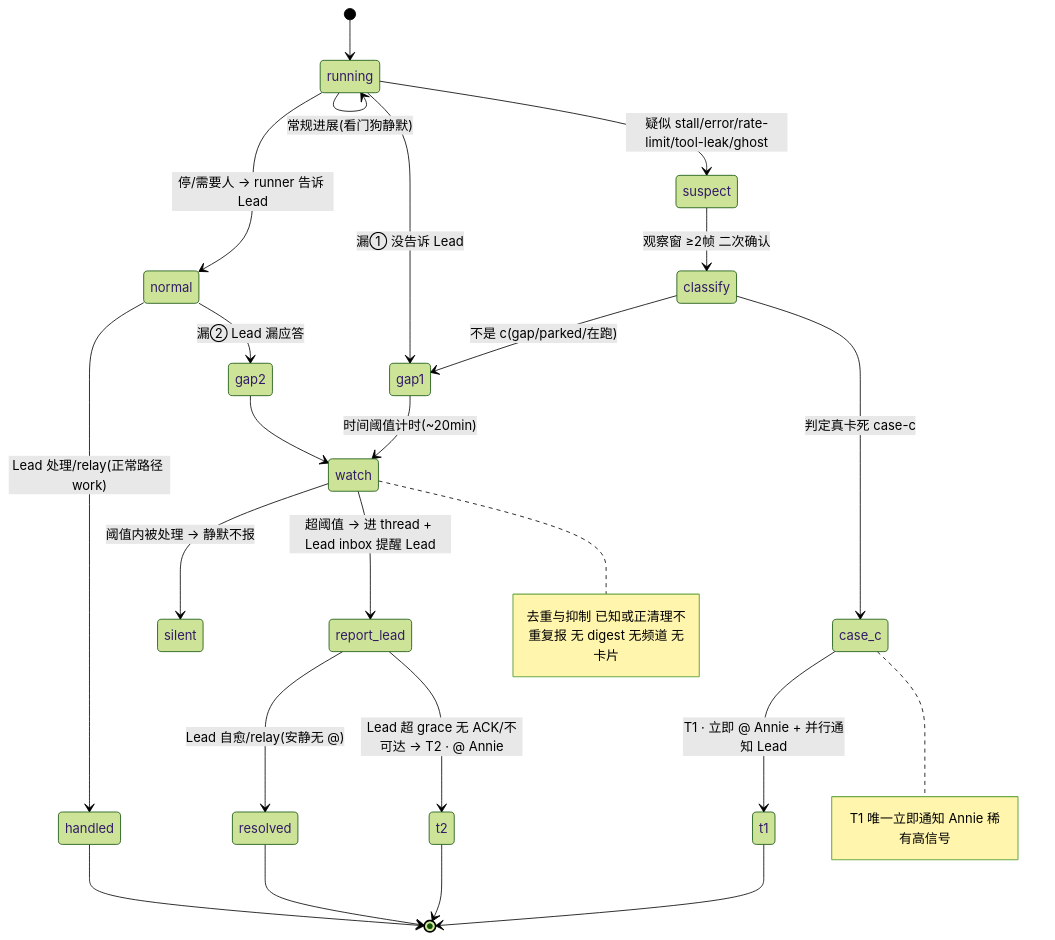
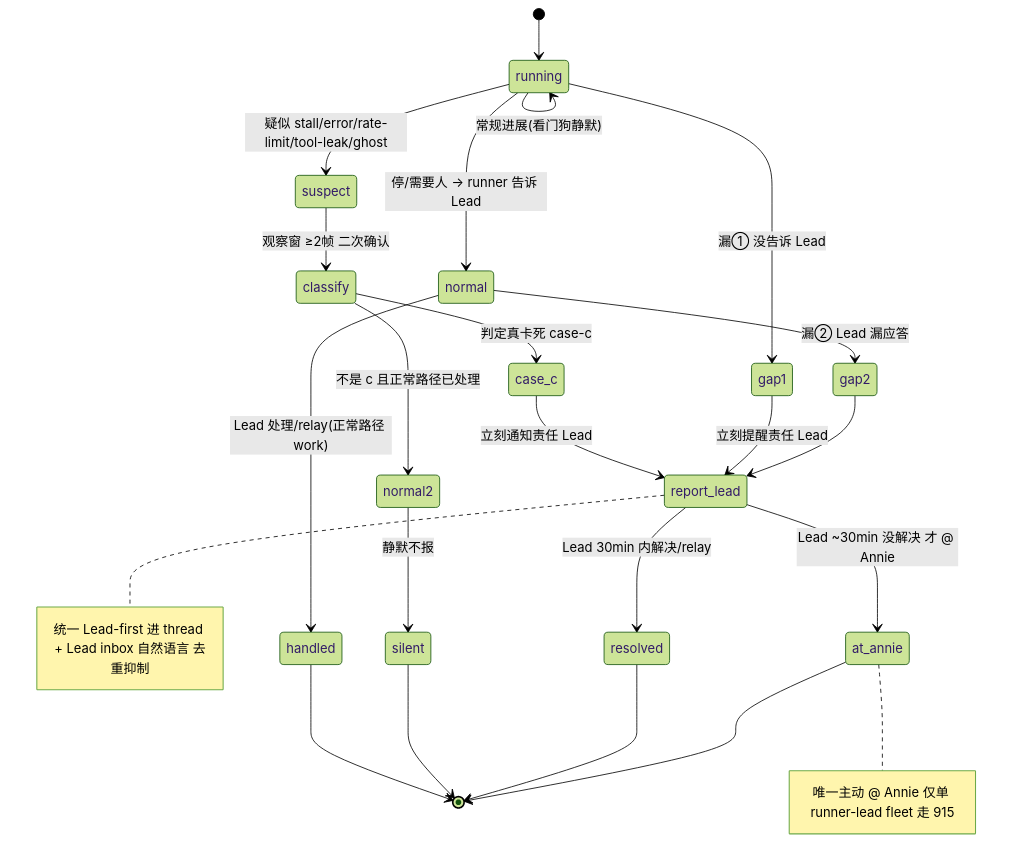
The second of 2 diagrams in product/doc/FLY-942-proactive-reporting/prd.md (xrliAnnie/flywheel-qa-sandbox), drawn with Mermaid (forest theme) before and after one commit. The commit also changed other lines of this file, not shown here.

First line of the commit message:
docs(FLY-942): Annie-approved fold — unified Lead-first + ~30min escalation (overturns T1 immediate) + frame clarification

````diff
--- a/product/doc/FLY-942-proactive-reporting/prd.md
+++ b/product/doc/FLY-942-proactive-reporting/prd.md
@@ -215,30 +216,29 @@
 ```mermaid
 stateDiagram-v2
   [*] --> running
   running --> running: 常规进展(看门狗静默)
   running --> normal: 停/需要人 → runner 告诉 Lead
   normal --> handled: Lead 处理/relay(正常路径 work)
   handled --> [*]
 
   running --> gap1: 漏① 没告诉 Lead
   normal --> gap2: 漏② Lead 漏应答
   running --> suspect: 疑似 stall/error/rate-limit/tool-leak/ghost
 
   suspect --> classify: 观察窗 ≥2帧 二次确认
-  classify --> gap1: 不是 c(gap/parked/在跑)
+  classify --> normal2: 不是 c 且正常路径已处理
+  normal2 --> silent: 静默不报
   classify --> case_c: 判定真卡死 case-c
-  case_c --> t1: T1 · 立即 @ Annie + 并行通知 Lead
+  case_c --> report_lead: 立刻通知责任 Lead
 
-  gap1 --> watch: 时间阈值计时(~20min)
-  gap2 --> watch
-  watch --> silent: 阈值内被处理 → 静默不报
-  watch --> report_lead: 超阈值 → 进 thread + Lead inbox 提醒 Lead
-  report_lead --> resolved: Lead 自愈/relay(安静无 @)
-  report_lead --> t2: Lead 超 grace 无 ACK/不可达 → T2 · @ Annie
+  gap1 --> report_lead: 立刻提醒责任 Lead
+  gap2 --> report_lead
+  report_lead --> resolved: Lead 30min 内解决/relay
+  report_lead --> at_annie: Lead ~30min 没解决 才 @ Annie
+  silent --> [*]
   resolved --> [*]
-  t1 --> [*]
-  t2 --> [*]
+  at_annie --> [*]
 
-  note right of case_c: T1 唯一立即通知 Annie 稀有高信号
-  note right of watch: 去重与抑制 已知或正清理不重复报 无 digest 无频道 无卡片
+  note right of report_lead: 统一 Lead-first 进 thread + Lead inbox 自然语言 去重抑制
+  note right of at_annie: 唯一主动 @ Annie 仅单 runner-lead fleet 走 915
 ```
````
